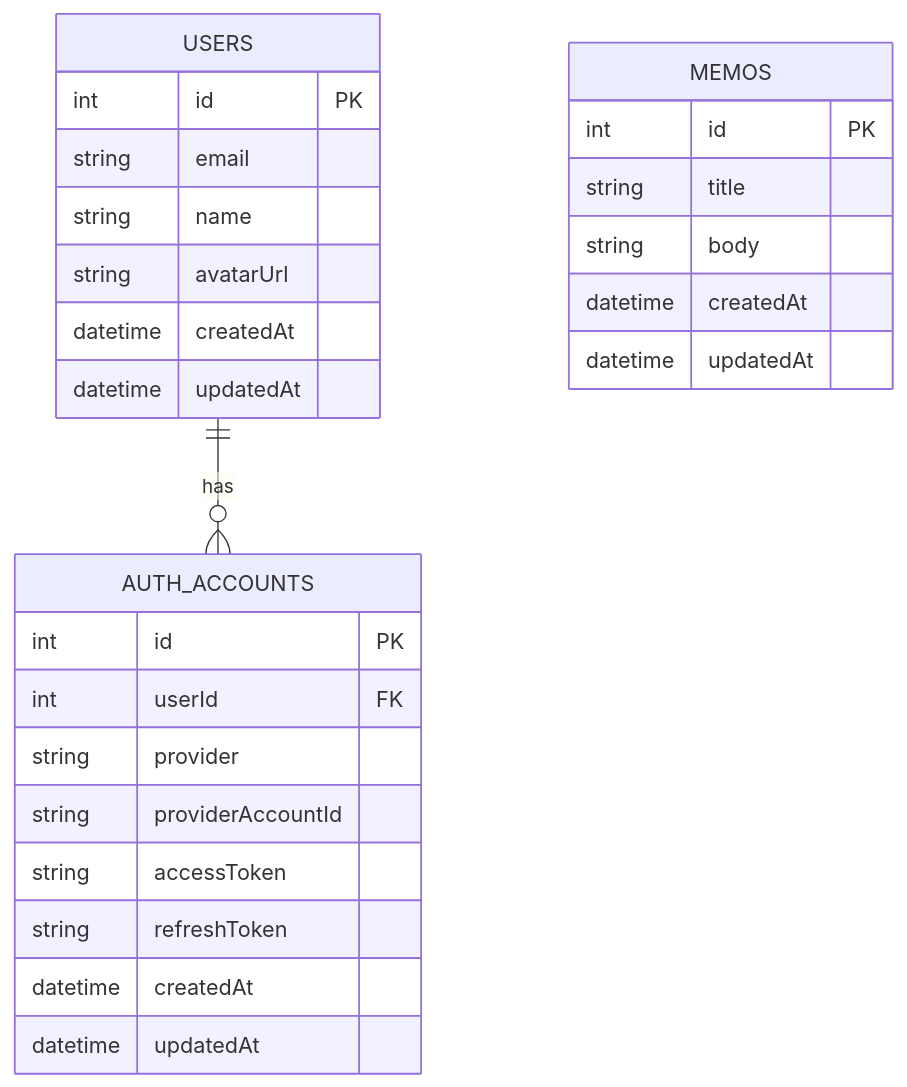
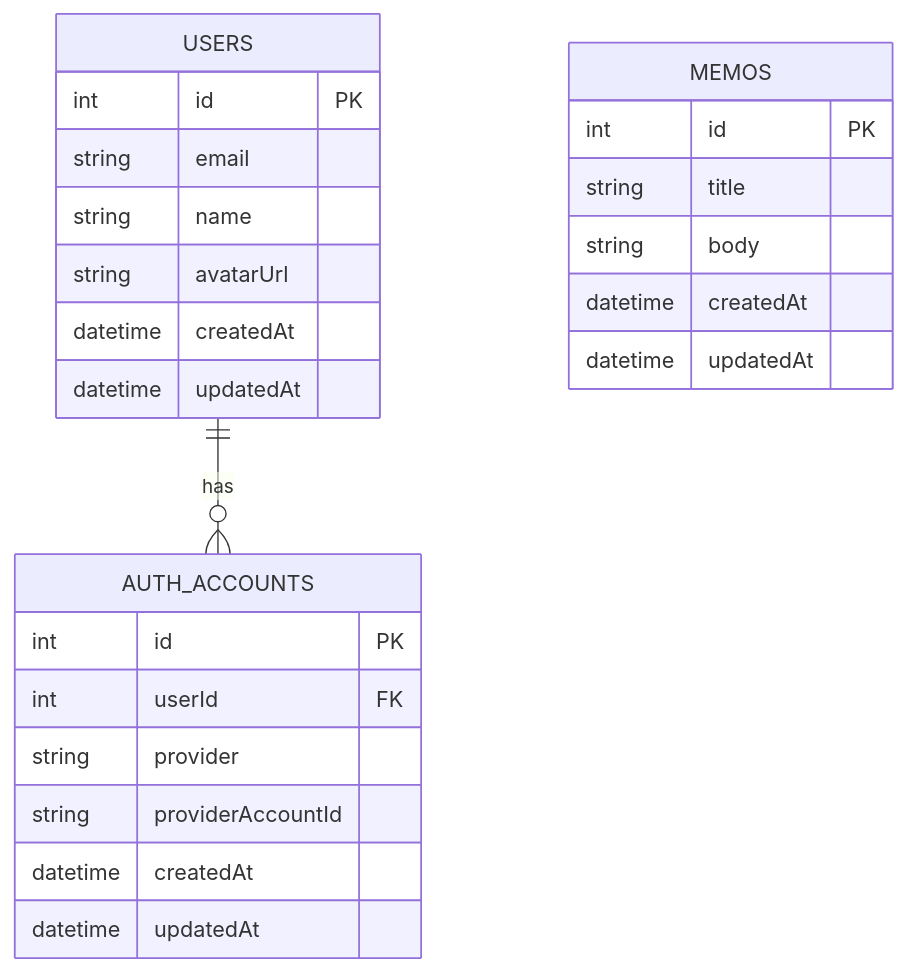
Before and after one commit to kentakki416/typing-royale: the second of 4 diagrams in docs/spec/shared-packages/README.md, drawn with Mermaid. The commit also changed other lines of this file and 51 other files, not shown here.

````diff
--- a/docs/spec/shared-packages/README.md
+++ b/docs/spec/shared-packages/README.md
@@ -806,29 +789,27 @@
 ```mermaid
 erDiagram
     USERS ||--o{ AUTH_ACCOUNTS : has
     USERS {
         int id PK
         string email
         string name
         string avatarUrl
         datetime createdAt
         datetime updatedAt
     }
     AUTH_ACCOUNTS {
         int id PK
         int userId FK
         string provider
         string providerAccountId
-        string accessToken
-        string refreshToken
         datetime createdAt
         datetime updatedAt
     }
     MEMOS {
         int id PK
         string title
         string body
         datetime createdAt
         datetime updatedAt
     }
 ```
````
